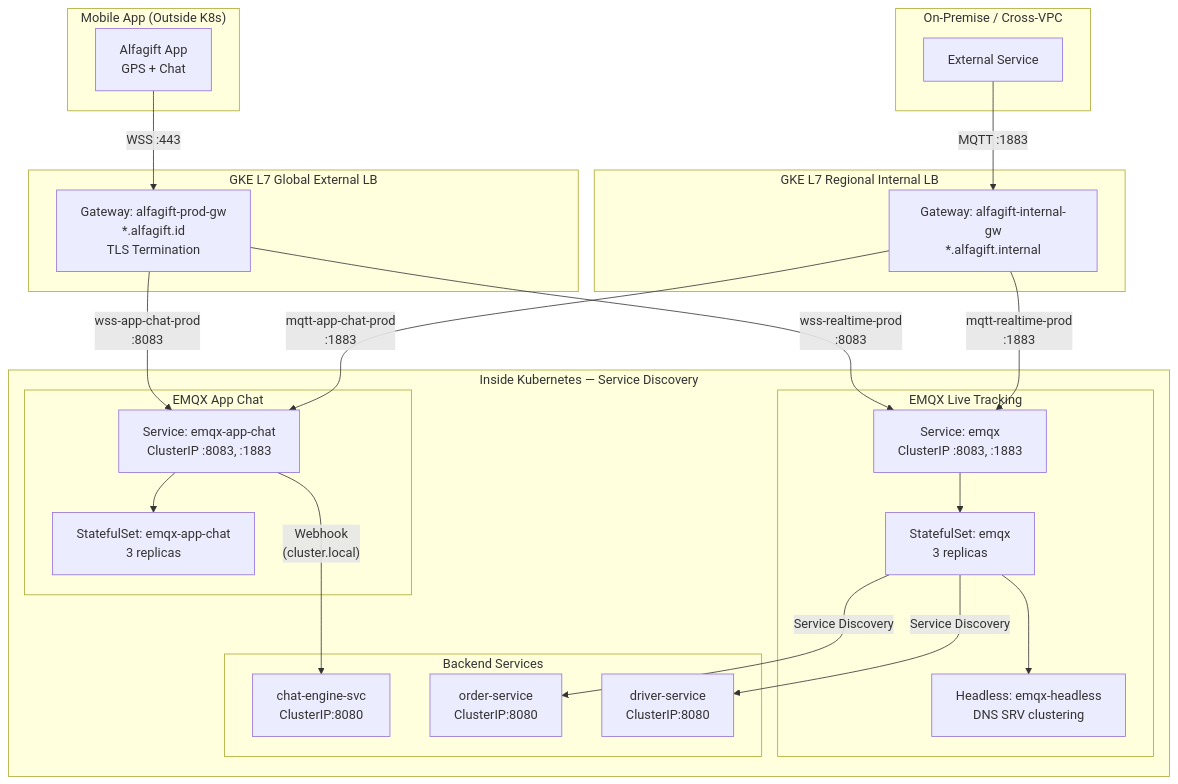
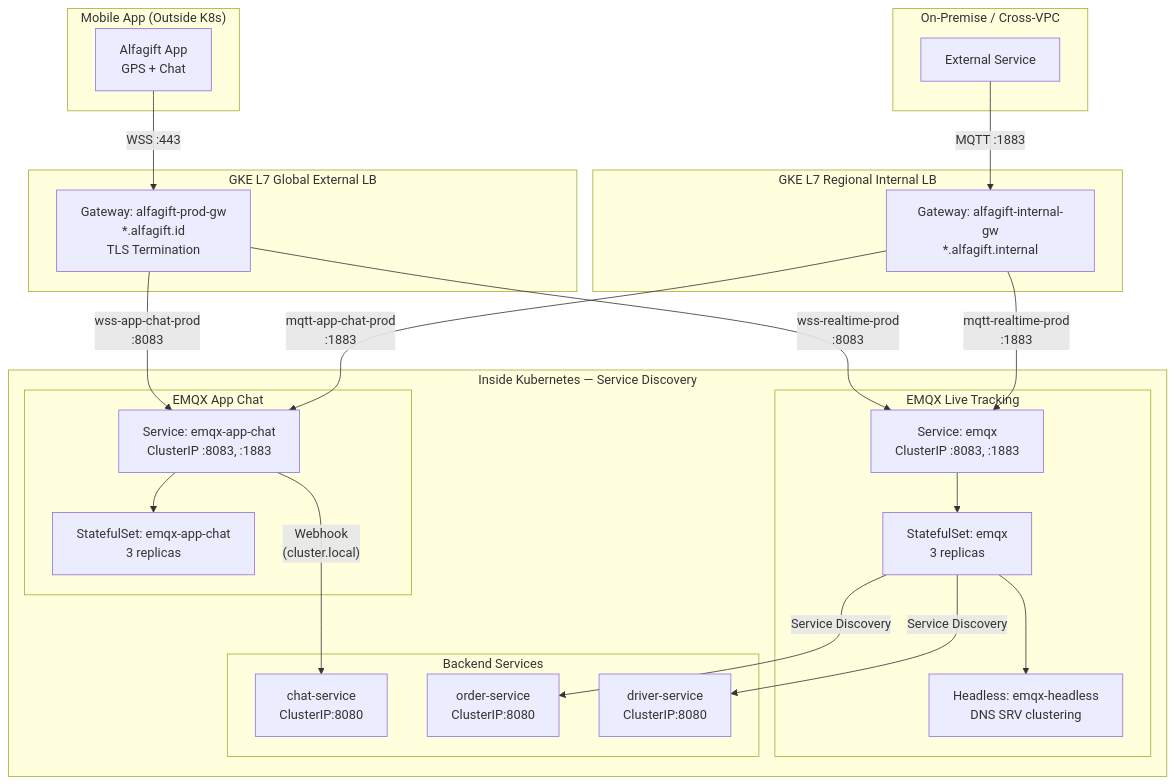
The diagram in src/content/docs/04-conferences/kcd-indonesia-2026/cfp-submission.md (ahmadnurhidayat/docs), drawn with Mermaid before and after one commit. The commit also changed 1 other file, not shown here.

Commit message:
feat(kcd-indonesia-2026): rename chat-engine service to chat-service
- Rename chat-engine-svc to chat-service in CFP submission diagram
- Rename chat-engine-svc to chat-service in presentation draft architecture diagram
- Update Chat Engine Service participant label to Chat Service in sequence diagram
- Rename chat-engine deployment to chat-service in presentation draft deployment diagram
- Standardize service naming across all conference documentation for consistency

````diff
--- a/src/content/docs/04-conferences/kcd-indonesia-2026/cfp-submission.md
+++ b/src/content/docs/04-conferences/kcd-indonesia-2026/cfp-submission.md
@@ -131,50 +131,50 @@
 ```mermaid
 flowchart TB
     subgraph MOBILE["Mobile App (Outside K8s)"]
         APP["Alfagift App<br/>GPS + Chat"]
     end
 
     subgraph EXT_LB["GKE L7 Global External LB"]
         EXT_GW["Gateway: alfagift-prod-gw<br/>*.alfagift.id<br/>TLS Termination"]
     end
 
     subgraph INT_LB["GKE L7 Regional Internal LB"]
         INT_GW["Gateway: alfagift-internal-gw<br/>*.alfagift.internal"]
     end
 
     subgraph K8S["Inside Kubernetes — Service Discovery"]
         subgraph LIVE["EMQX Live Tracking"]
             SVC_L["Service: emqx<br/>ClusterIP :8083, :1883"]
             STS_L["StatefulSet: emqx<br/>3 replicas"]
             HD_L["Headless: emqx-headless<br/>DNS SRV clustering"]
         end
         subgraph CHAT["EMQX App Chat"]
             SVC_C["Service: emqx-app-chat<br/>ClusterIP :8083, :1883"]
             STS_C["StatefulSet: emqx-app-chat<br/>3 replicas"]
         end
         subgraph BACKEND["Backend Services"]
-            CE["chat-engine-svc<br/>ClusterIP:8080"]
+            CE["chat-service<br/>ClusterIP:8080"]
             ORDER["order-service<br/>ClusterIP:8080"]
             DRIVER["driver-service<br/>ClusterIP:8080"]
         end
     end
 
     subgraph ONPREM["On-Premise / Cross-VPC"]
         EXT_SVC["External Service"]
     end
 
     APP -->|"WSS :443"| EXT_GW
     EXT_GW -->|"wss-realtime-prod<br/>:8083"| SVC_L
     EXT_GW -->|"wss-app-chat-prod<br/>:8083"| SVC_C
 
     EXT_SVC -->|"MQTT :1883"| INT_GW
     INT_GW -->|"mqtt-realtime-prod<br/>:1883"| SVC_L
     INT_GW -->|"mqtt-app-chat-prod<br/>:1883"| SVC_C
 
     SVC_L --> STS_L
     SVC_C --> STS_C
     STS_L --> HD_L
     SVC_C -->|"Webhook<br/>(cluster.local)"| CE
     STS_L -->|"Service Discovery"| ORDER
     STS_L -->|"Service Discovery"| DRIVER
 ```
````
